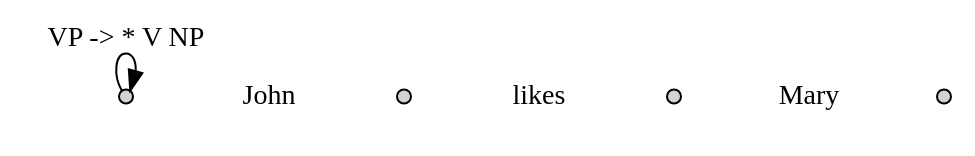
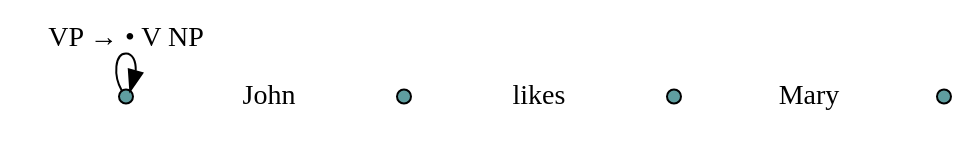
One commit to nltk/nltk_book changed the diagram in images/chart_useless_edge.dot. Above: the diagram before and after it, drawn with Graphviz. The commit also changed 1 other file, not shown here.

```diff
--- a/images/chart_useless_edge.dot
+++ b/images/chart_useless_edge.dot
@@ -1,26 +1,27 @@
 digraph x {
    rankdir=LR;
    
    /* The nodes */
    {
-       node [style=filled,height=0.1,width=0.1];
+       node [style=filled,height=0.1,width=0.1,fillcolor=cadetblue];
        x [label="" style=invis];
        0 [label=""];
        1 [label=""];
        2 [label=""];
        3 [label=""];
    }
 
    /* The sentence */
    {
        edge [style=invis, weight=100];
        node [shape=plaintext];
        x->0->John->1->likes->2->Mary->3;
    }
    
    /* Edges */
    {
-       0->0 [label="VP -> * V NP"];
+       edge [fontname=LucidaGrande];
+       0->0 [label="VP &rarr; &bull; V NP"];
    }
 
 }
```
